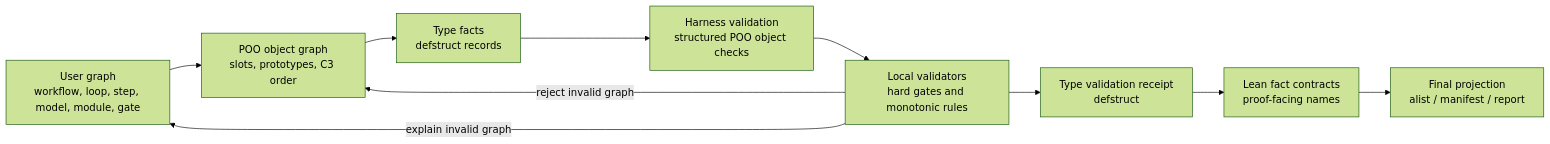
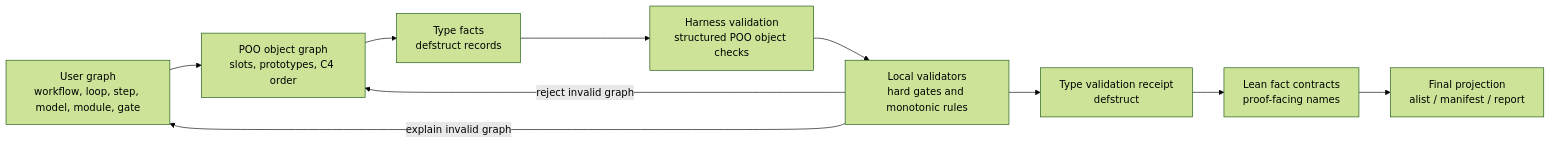
Before and after one commit to tao3k/poo-flow: the first of 2 diagrams in docs/10-19-design/10.06-poo-module-system/56-type-facts-validation-lean-plan.org, drawn with Mermaid (forest theme). The commit also changed other lines of this file and 514 other files, not shown here.

```diff
--- a/docs/10-19-design/10.06-poo-module-system/56-type-facts-validation-lean-plan.org
+++ b/docs/10-19-design/10.06-poo-module-system/56-type-facts-validation-lean-plan.org
@@ -60,14 +60,14 @@
 #+begin_src mermaid
 flowchart LR
   UserGraph["User graph\nworkflow, loop, step, model, module, gate"]
-  POO["POO object graph\nslots, prototypes, C3 order"]
+  POO["POO object graph\nslots, prototypes, C4 order"]
   Facts["Type facts\ndefstruct records"]
   Harness["Harness validation\nstructured POO object checks"]
   Validators["Local validators\nhard gates and monotonic rules"]
   Receipt["Type validation receipt\ndefstruct"]
   Lean["Lean fact contracts\nproof-facing names"]
   Projection["Final projection\nalist / manifest / report"]
   UserGraph --> POO --> Facts --> Harness --> Validators --> Receipt --> Lean --> Projection
   Validators -->|"reject invalid graph"| POO
   Validators -->|"explain invalid graph"| UserGraph
 #+end_src
```
